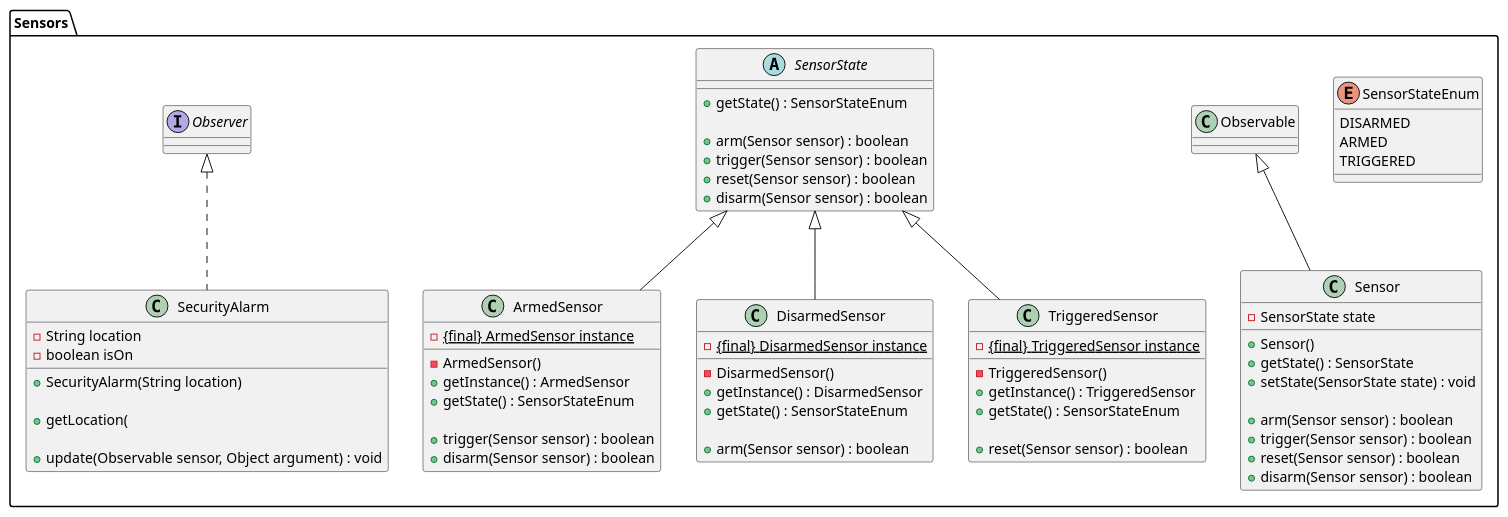
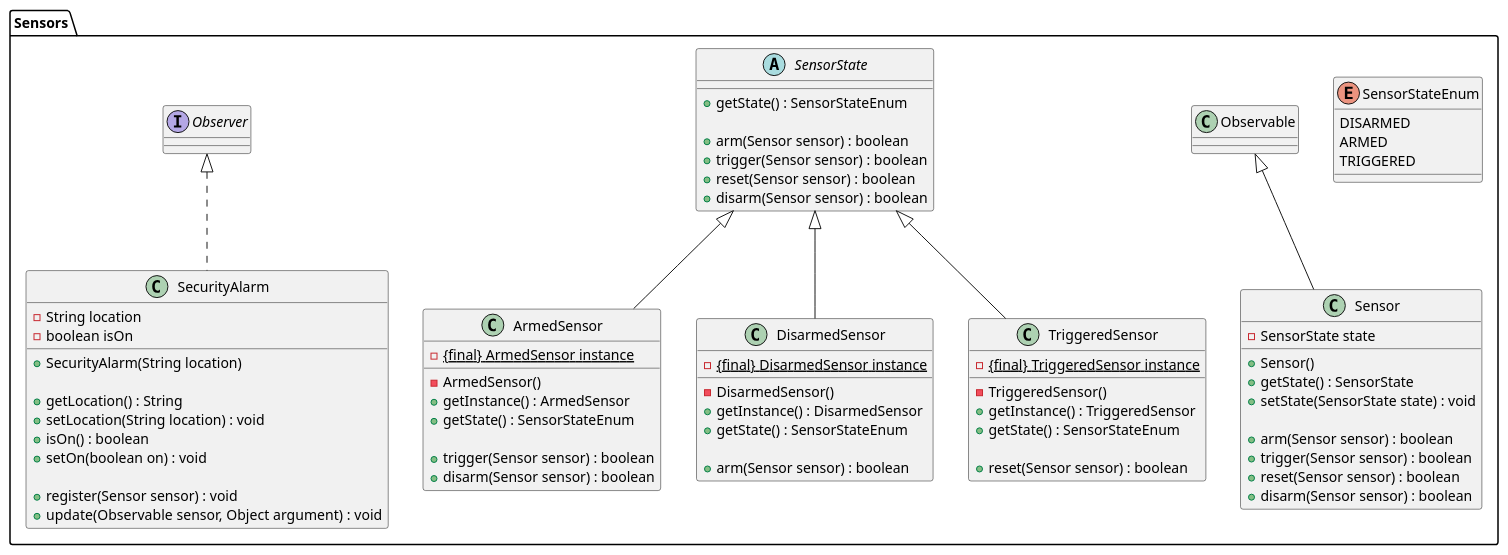
Before and after one commit to gabdumal/dcc078: the diagram in src/main/java/assignments/sensors/ClassDiagram.puml, drawn with PlantUML. The commit also changed 2 other files, not shown here.

Commit message:
Cria testes para ArmedSensor

```diff
--- a/src/main/java/assignments/sensors/ClassDiagram.puml
+++ b/src/main/java/assignments/sensors/ClassDiagram.puml
@@ -1,80 +1,84 @@
 @startuml
 'https://plantuml.com/class-diagram
 
 'left to right direction
 
 package sensors_package as "Sensors" {
 
 enum SensorStateEnum {
     DISARMED
     ARMED
     TRIGGERED
 }
 
 class Sensor extends Observable {
     - SensorState state
 
     + Sensor()
     + getState() : SensorState
     + setState(SensorState state) : void
 
     + arm(Sensor sensor) : boolean
     + trigger(Sensor sensor) : boolean
     + reset(Sensor sensor) : boolean
     + disarm(Sensor sensor) : boolean
 }
 
 abstract class SensorState {
     + getState() : SensorStateEnum
 
     + arm(Sensor sensor) : boolean
     + trigger(Sensor sensor) : boolean
     + reset(Sensor sensor) : boolean
     + disarm(Sensor sensor) : boolean
 }
 
 class ArmedSensor extends SensorState {
     - {static} {final} ArmedSensor instance
 
     - ArmedSensor()
     + getInstance() : ArmedSensor
     + getState() : SensorStateEnum
 
     + trigger(Sensor sensor) : boolean
     + disarm(Sensor sensor) : boolean
 }
 
 class DisarmedSensor extends SensorState {
     - {static} {final} DisarmedSensor instance
 
     - DisarmedSensor()
     + getInstance() : DisarmedSensor
     + getState() : SensorStateEnum
 
     + arm(Sensor sensor) : boolean
 }
 
 class TriggeredSensor extends SensorState {
     - {static} {final} TriggeredSensor instance
 
     - TriggeredSensor()
     + getInstance() : TriggeredSensor
     + getState() : SensorStateEnum
 
     + reset(Sensor sensor) : boolean
 }
 
 class SecurityAlarm implements Observer {
     - String location
     - boolean isOn
 
     + SecurityAlarm(String location)
 
-    + getLocation(
+    + getLocation() : String
+    + setLocation(String location) : void
+    + isOn() : boolean
+    + setOn(boolean on) : void
 
+    + register(Sensor sensor) : void
     + update(Observable sensor, Object argument) : void
 }
 
 }
 
 @enduml
```
